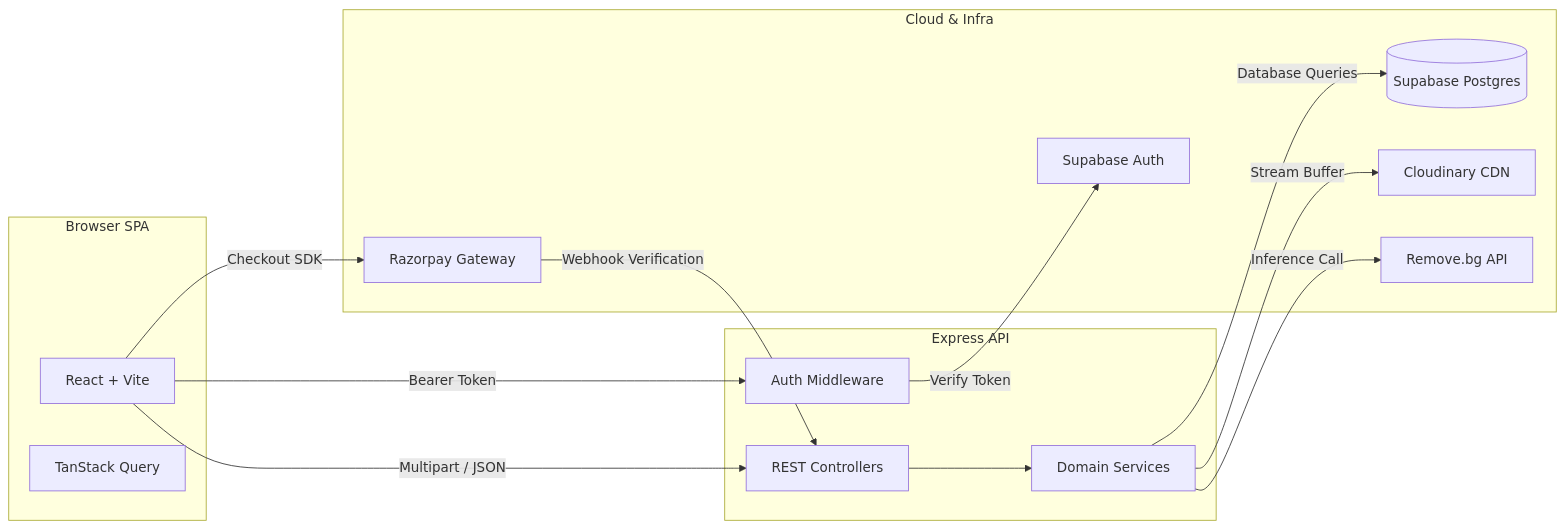
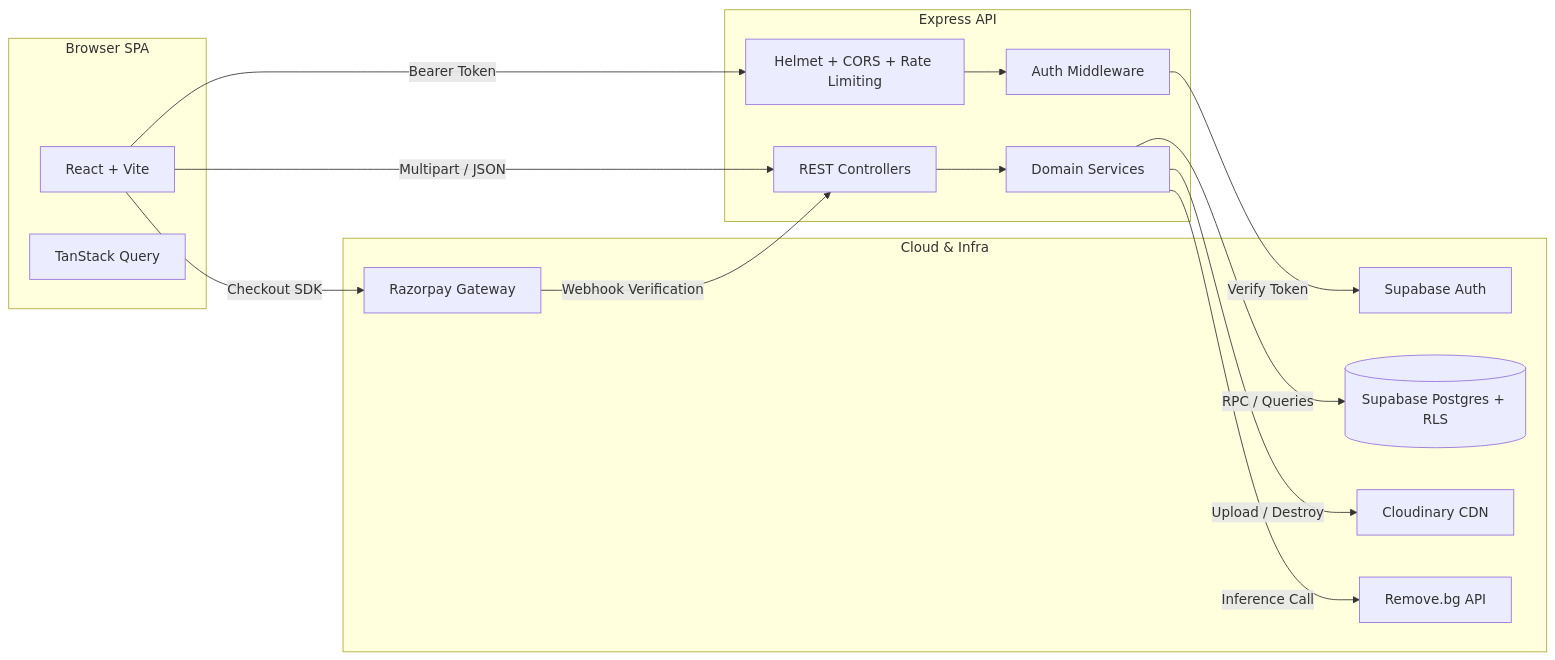
One commit to kaifcs/PixelMint_AI changed the diagram in README.md. Above: the diagram before and after it, drawn with Mermaid. The commit also changed other lines of this file, not shown here.

````diff
--- a/README.md
+++ b/README.md
@@ -118,30 +119,31 @@
 ```mermaid
 flowchart LR
     subgraph Client [Browser SPA]
         SPA[React + Vite]
         RQ[TanStack Query]
     end
 
     subgraph Server [Express API]
+        MW[Helmet + CORS + Rate Limiting]
         AuthMW[Auth Middleware]
         Controllers[REST Controllers]
         Services[Domain Services]
     end
 
     subgraph External [Cloud & Infra]
         SBAuth[Supabase Auth]
-        DB[(Supabase Postgres)]
+        DB[(Supabase Postgres + RLS)]
         CDN[Cloudinary CDN]
         AI[Remove.bg API]
         Pay[Razorpay Gateway]
     end
 
-    SPA -->|Bearer Token| AuthMW
+    SPA -->|Bearer Token| MW --> AuthMW
     AuthMW -->|Verify Token| SBAuth
     SPA -->|Multipart / JSON| Controllers --> Services
-    Services -->|Database Queries| DB
-    Services -->|Stream Buffer| CDN
+    Services -->|RPC / Queries| DB
+    Services -->|Upload / Destroy| CDN
     Services -->|Inference Call| AI
     SPA -->|Checkout SDK| Pay
     Pay -->|Webhook Verification| Controllers
 ```
````
